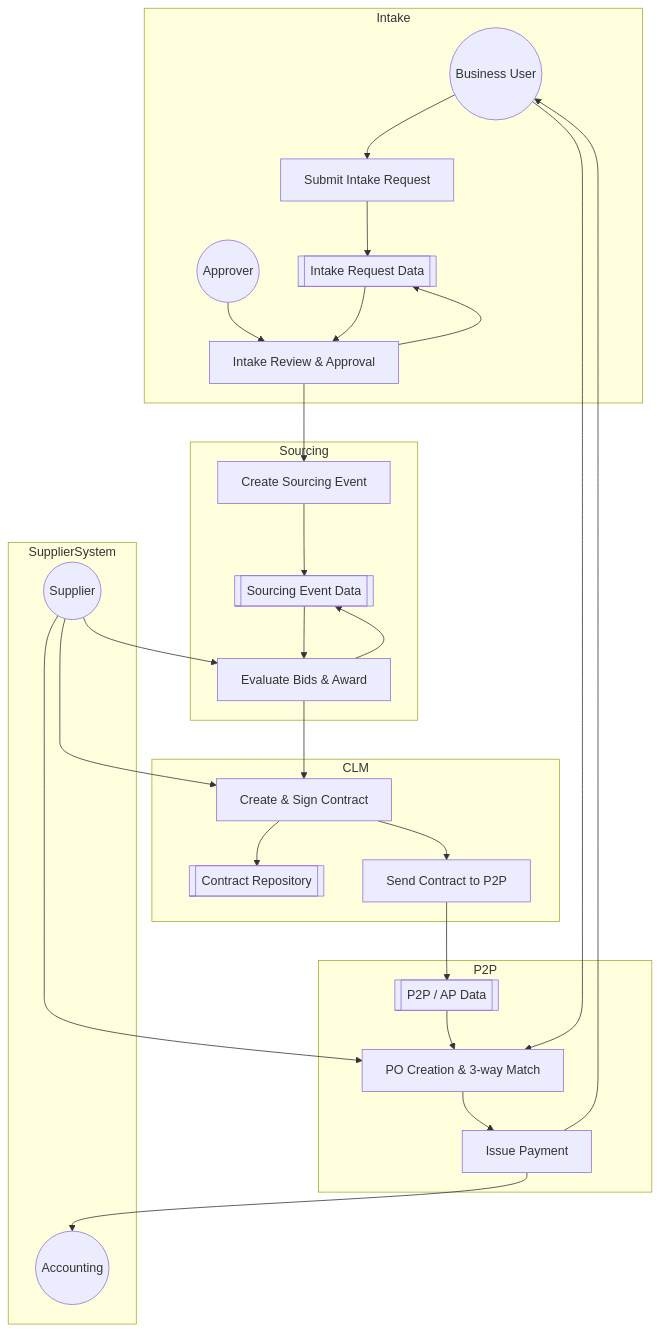
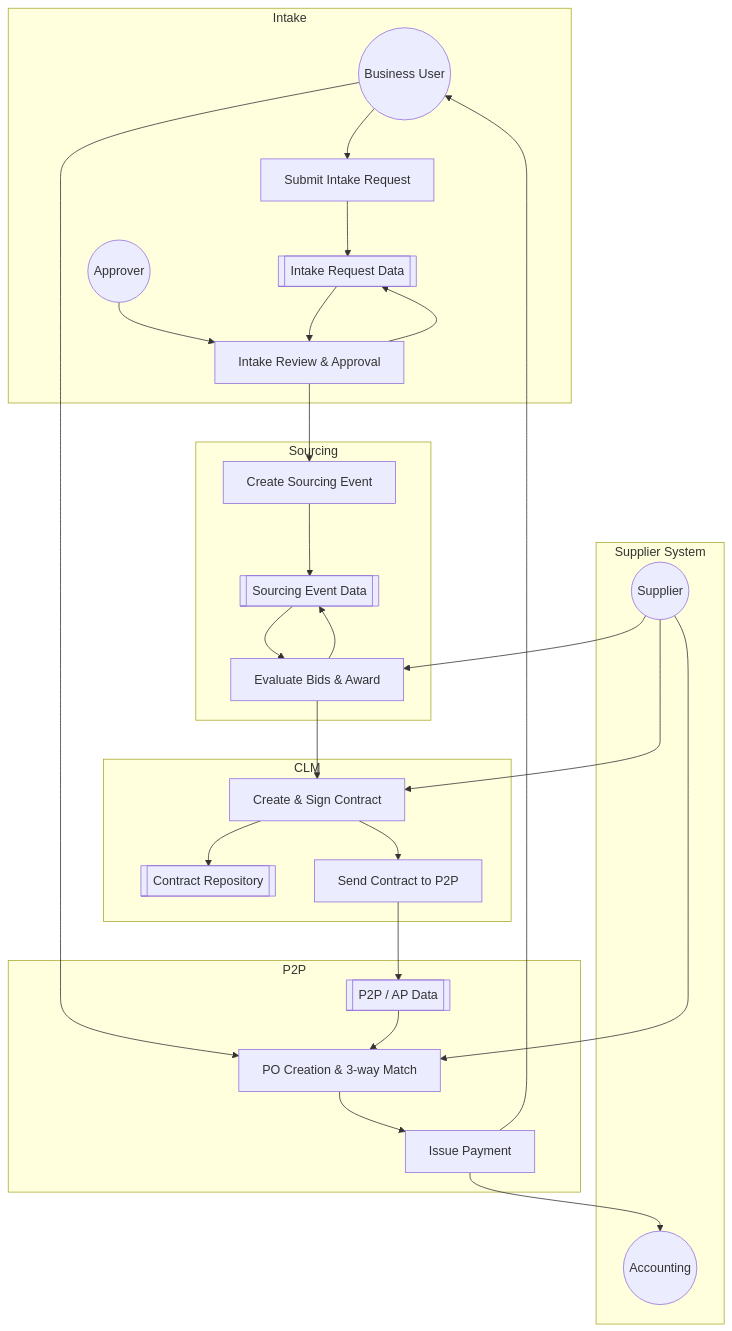
One commit to houssamkhalifeh/practice changed the tenth of 12 diagrams in README.md. Above: the diagram before and after it, drawn with Mermaid.

````diff
--- a/README.md
+++ b/README.md
@@ -96,69 +96,67 @@
 ```mermaid
 flowchart TD
 
     %% External Entities
     User((Business User))
     Supplier((Supplier))
     SupplierAccount((Accounting))
     Approver((Approver))
 
     %% Data Stores
     DS_Intake[[Intake Request Data]]
     DS_Sourcing[[Sourcing Event Data]]
     DS_Contract[[Contract Repository]]
     DS_P2P[[P2P / AP Data]]
 
     %% Processes
     P1[Submit Intake Request]
     P2[Intake Review & Approval]
     P3[Create Sourcing Event]
     P4[Evaluate Bids & Award]
     P5[Create & Sign Contract]
     P6[Send Contract to P2P]
     P7[PO Creation & 3-way Match]
     P8[Issue Payment]
 
-    subgraph SupplierSystem
+    subgraph Supplier System
         Supplier
         SupplierAccount
     end
 
     subgraph P2P
         P7
         DS_P2P
         P8
     end
 
 
     %% Flows
     subgraph Intake
         User --> P1 --> DS_Intake
+        Approver --> P2 --> DS_Intake
         DS_Intake --> P2
-        Approver --> P2 --> DS_Intake
     end
 
     subgraph Sourcing
         P2 --> P3 --> DS_Sourcing
         DS_Sourcing --> P4 --> DS_Sourcing
     end
 
     subgraph CLM
         P4 --> P5 --> DS_Contract
         P5 --> P6 --> DS_P2P
     end
 
 
-    subgraph SupplierSystem
         Supplier --> P7
         Supplier --> P5
         Supplier --> P4
-    end
 
 
     subgraph P2P
         User --> P7
         DS_P2P --> P7 --> P8
         P8 --> User
         P8 --> SupplierAccount
     end
 ```
````
